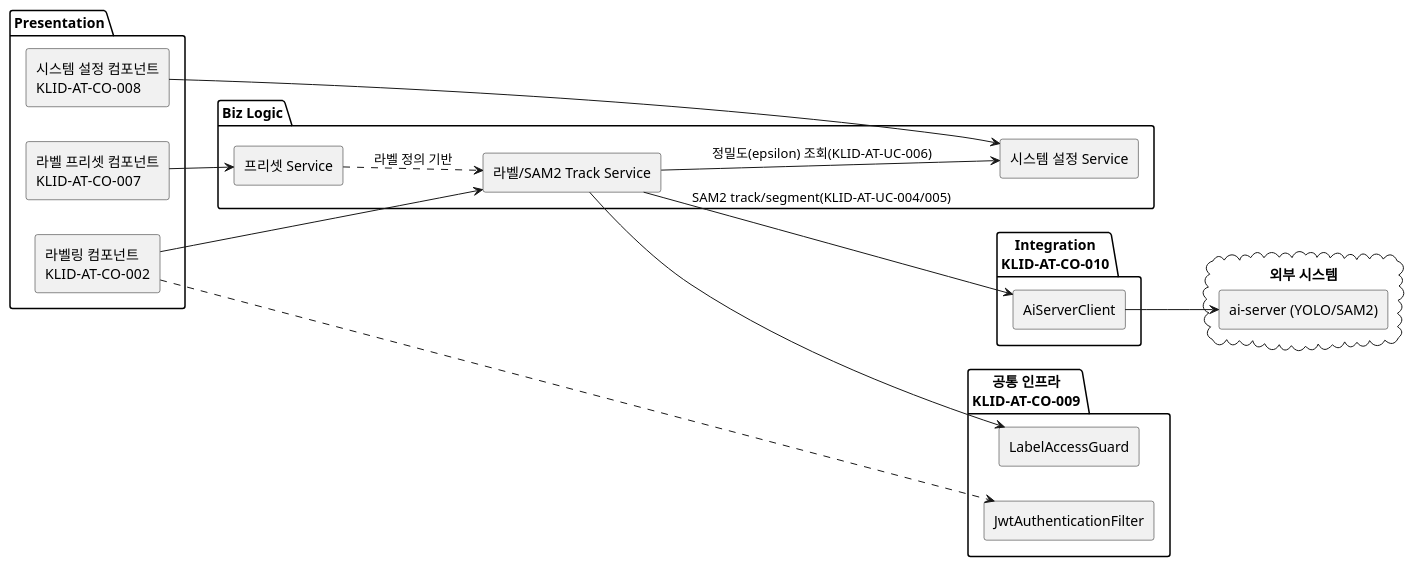
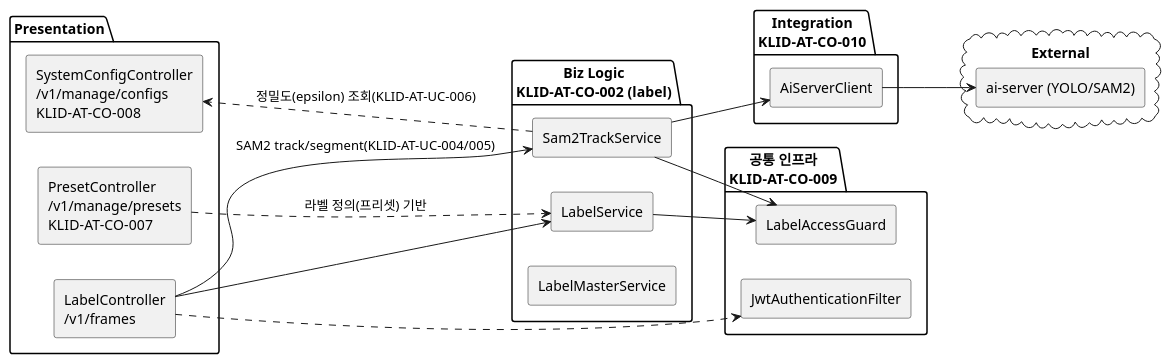
The second of 5 diagrams in docs/design/D3-컴포넌트설계서.md (New-stella/klid-label), drawn with PlantUML before and after one commit. The commit also changed other lines of this file and 36 other files, not shown here.

````diff
--- a/docs/design/D3-컴포넌트설계서.md
+++ b/docs/design/D3-컴포넌트설계서.md
@@ -79,35 +90,35 @@
 ```plantuml
 @startuml
 skinparam componentStyle rectangle
 left to right direction
 package "Presentation" {
-  [라벨링 컴포넌트\nKLID-AT-CO-002] as LBL
-  [라벨 프리셋 컴포넌트\nKLID-AT-CO-007] as PRE
-  [시스템 설정 컴포넌트\nKLID-AT-CO-008] as CFG
+  [LabelController\n/v1/frames] as LBLC
+  [PresetController\n/v1/manage/presets\nKLID-AT-CO-007] as PREC
+  [SystemConfigController\n/v1/manage/configs\nKLID-AT-CO-008] as CFGC
 }
-package "Biz Logic" {
-  [라벨/SAM2 Track Service] as LBLS
-  [프리셋 Service] as PRES
-  [시스템 설정 Service] as CFGS
+package "Biz Logic\nKLID-AT-CO-002 (label)" {
+  [LabelService] as LBLS
+  [Sam2TrackService] as S2S
+  [LabelMasterService] as LMS
 }
 package "공통 인프라\nKLID-AT-CO-009" {
   [JwtAuthenticationFilter] as JWT
   [LabelAccessGuard] as GUARD
 }
 package "Integration\nKLID-AT-CO-010" {
   [AiServerClient] as AISC
 }
-cloud "외부 시스템" {
+cloud "External" {
   [ai-server (YOLO/SAM2)] as AISRV
 }
-LBL --> LBLS
-PRE --> PRES
-CFG --> CFGS
-LBL ..> JWT
+LBLC --> LBLS
+LBLC --> S2S : SAM2 track/segment(KLID-AT-UC-004/005)
+LBLC ..> JWT
 LBLS --> GUARD
-LBLS --> AISC : SAM2 track/segment(KLID-AT-UC-004/005)
+S2S --> GUARD
+S2S --> AISC
 AISC --> AISRV
-LBLS --> CFGS : 정밀도(epsilon) 조회(KLID-AT-UC-006)
-PRES ..> LBLS : 라벨 정의 기반
+S2S ..> CFGC : 정밀도(epsilon) 조회(KLID-AT-UC-006)
+PREC ..> LBLS : 라벨 정의(프리셋) 기반
 @enduml
 ```
````
